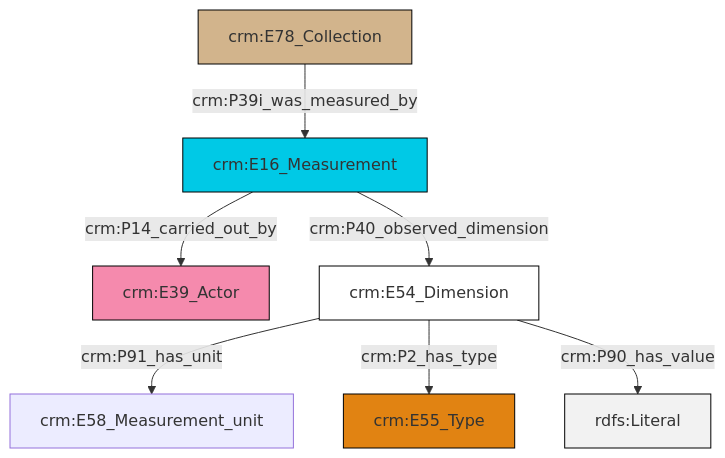
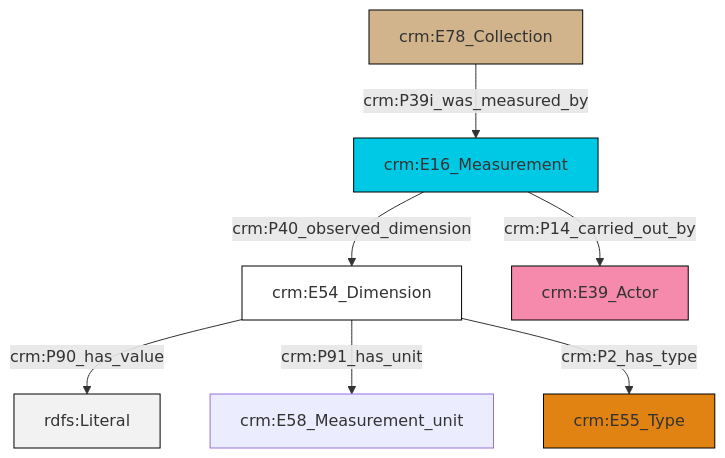
One commit to swiss-art-research-net/docs.swissartresearch changed the diagram in et/archivalCSV/ttl/mmd/archival_substance.ttl.mmd. Above: the diagram before and after it, drawn with Mermaid. The commit also changed 178 other files, not shown here.

```diff
--- a/et/archivalCSV/ttl/mmd/archival_substance.ttl.mmd
+++ b/et/archivalCSV/ttl/mmd/archival_substance.ttl.mmd
@@ -1,21 +1,21 @@
 graph TD
 classDef Literal fill:#f2f2f2,stroke:#000000;
 classDef CRM_Entity fill:#FFFFFF,stroke:#000000;
 classDef Temporal_Entity fill:#00C9E6, stroke:#000000;
 classDef Type fill:#E18312, stroke:#000000;
 classDef Time-Span fill:#2C9C91, stroke:#000000;
 classDef Appellation fill:#FFEB7F, stroke:#000000;
 classDef Place fill:#008836, stroke:#000000;
 classDef Persistent_Item fill:#B266B2, stroke:#000000;
 classDef Conceptual_Object fill:#FFD700, stroke:#000000;
 classDef Physical_Thing fill:#D2B48C, stroke:#000000;
 classDef Actor fill:#f58aad, stroke:#000000;
 classDef PC_Classes fill:#4ce600, stroke:#000000;
 classDef Multi fill:#cccccc,stroke:#000000;
 
-2["crm:E16_Measurement"]:::Temporal_Entity -->|crm:P40_observed_dimension| 3["crm:E54_Dimension"]:::CRM_Entity
-3["crm:E54_Dimension"]:::CRM_Entity -->|crm:P91_has_unit| 4["crm:E58_Measurement_unit"]:::Default
-9["crm:E78_Collection"]:::Physical_Thing -->|crm:P39i_was_measured_by| 2["crm:E16_Measurement"]:::Temporal_Entity
-3["crm:E54_Dimension"]:::CRM_Entity -->|crm:P2_has_type| 5["crm:E55_Type"]:::Type
-3["crm:E54_Dimension"]:::CRM_Entity -->|crm:P90_has_value| 12[rdfs:Literal]:::Literal
-2["crm:E16_Measurement"]:::Temporal_Entity -->|crm:P14_carried_out_by| 0["crm:E39_Actor"]:::Actor
+0["crm:E54_Dimension"]:::CRM_Entity -->|crm:P90_has_value| 4[rdfs:Literal]:::Literal
+0["crm:E54_Dimension"]:::CRM_Entity -->|crm:P91_has_unit| 5["crm:E58_Measurement_unit"]:::Default
+0["crm:E54_Dimension"]:::CRM_Entity -->|crm:P2_has_type| 9["crm:E55_Type"]:::Type
+2["crm:E16_Measurement"]:::Temporal_Entity -->|crm:P14_carried_out_by| 10["crm:E39_Actor"]:::Actor
+6["crm:E78_Collection"]:::Physical_Thing -->|crm:P39i_was_measured_by| 2["crm:E16_Measurement"]:::Temporal_Entity
+2["crm:E16_Measurement"]:::Temporal_Entity -->|crm:P40_observed_dimension| 0["crm:E54_Dimension"]:::CRM_Entity
```
